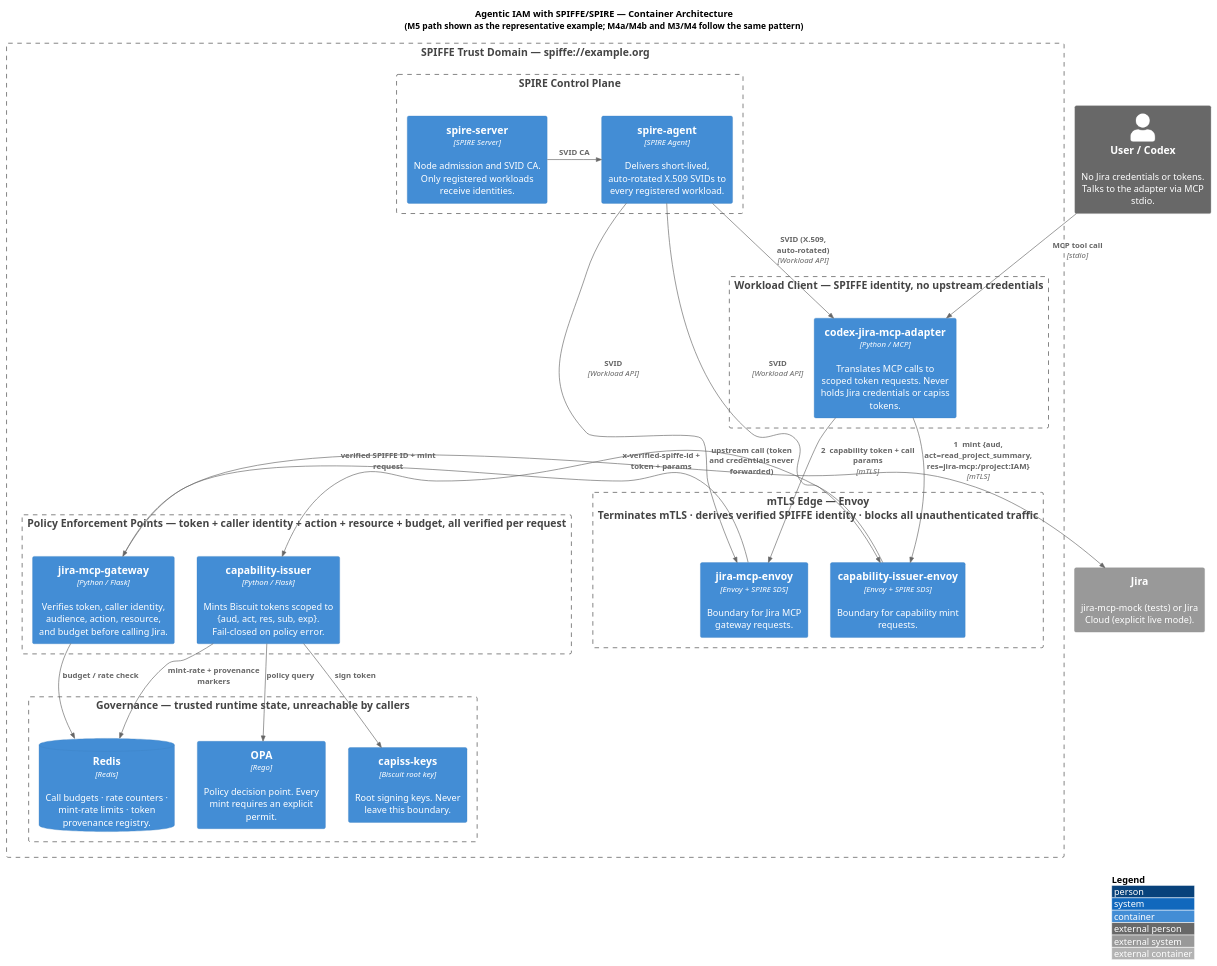
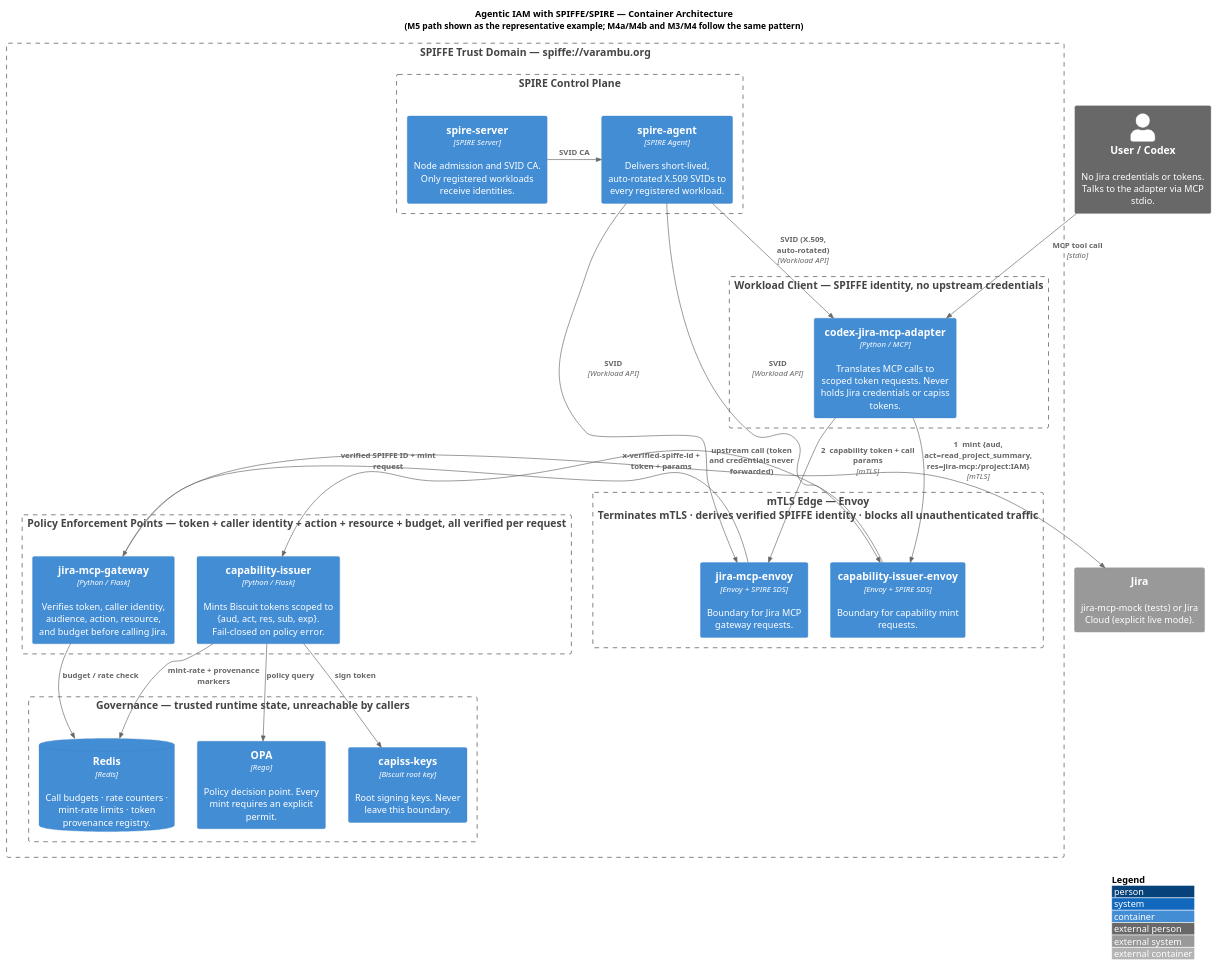
One commit to gunaseelan-sivanandam/agentic-iam-spiffe changed the diagram in docs/container_architecture.puml. Above: the diagram before and after it, drawn with PlantUML. The commit also changed 54 other files, not shown here.

Commit message:
Replace example-org to varambu.org and update alldocs and tests. Clean start and audit output for better user readability.

```diff
--- a/docs/container_architecture.puml
+++ b/docs/container_architecture.puml
@@ -1,70 +1,70 @@
 @startuml
 !include <C4/C4_Container>
 
 LAYOUT_WITH_LEGEND()
 
 title Agentic IAM with SPIFFE/SPIRE — Container Architecture\n<size:13>(M5 path shown as the representative example; M4a/M4b and M3/M4 follow the same pattern)</size>
 
 ' ── External actors ───────────────────────────────────────────────────────────
 Person_Ext(user, "User / Codex", "No Jira credentials or tokens. Talks to the adapter via MCP stdio.")
 System_Ext(jira_upstream, "Jira", "jira-mcp-mock (tests) or Jira Cloud (explicit live mode).")
 
 ' ── SPIFFE trust domain ───────────────────────────────────────────────────────
-Boundary(domain, "SPIFFE Trust Domain — spiffe://example.org") {
+Boundary(domain, "SPIFFE Trust Domain — spiffe://varambu.org") {
 
   Boundary(spire_b, "SPIRE Control Plane") {
     Container(spire_server, "spire-server", "SPIRE Server", "Node admission and SVID CA. Only registered workloads receive identities.")
     Container(spire_agent,  "spire-agent",  "SPIRE Agent",  "Delivers short-lived, auto-rotated X.509 SVIDs to every registered workload.")
   }
 
   Boundary(client_b, "Workload Client — SPIFFE identity, no upstream credentials") {
     Container(adapter, "codex-jira-mcp-adapter", "Python / MCP", "Translates MCP calls to scoped token requests. Never holds Jira credentials or capiss tokens.")
   }
 
   Boundary(edge_b, "mTLS Edge — Envoy\nTerminates mTLS · derives verified SPIFFE identity · blocks all unauthenticated traffic") {
     Container(capiss_envoy,  "capability-issuer-envoy", "Envoy + SPIRE SDS", "Boundary for capability mint requests.")
     Container(jiramcp_envoy, "jira-mcp-envoy",          "Envoy + SPIRE SDS", "Boundary for Jira MCP gateway requests.")
   }
 
   Boundary(pep_b, "Policy Enforcement Points — token + caller identity + action + resource + budget, all verified per request") {
     Container(capiss,     "capability-issuer", "Python / Flask", "Mints Biscuit tokens scoped to {aud, act, res, sub, exp}. Fail-closed on policy error.")
     Container(jiramcp_gw, "jira-mcp-gateway",  "Python / Flask", "Verifies token, caller identity, audience, action, resource, and budget before calling Jira.")
   }
 
   Boundary(gov_b, "Governance — trusted runtime state, unreachable by callers") {
     ContainerDb(redis, "Redis",       "Redis",            "Call budgets · rate counters · mint-rate limits · token provenance registry.")
     Container(opa,     "OPA",         "Rego",             "Policy decision point. Every mint requires an explicit permit.")
     Container(keys,    "capiss-keys", "Biscuit root key", "Root signing keys. Never leave this boundary.")
   }
 }
 
 ' ── Layout hints ──────────────────────────────────────────────────────────────
 Lay_R(capiss_envoy,  capiss)
 Lay_R(jiramcp_envoy, jiramcp_gw)
 Lay_R(capiss_envoy,  jiramcp_envoy)
 
 ' ── Relationships ─────────────────────────────────────────────────────────────
 
 ' SPIRE: identity bootstrap (startup, auto-rotated)
 Rel_R(spire_server, spire_agent,  "SVID CA")
 Rel_D(spire_agent,  adapter,      "SVID (X.509, auto-rotated)", "Workload API")
 Rel_D(spire_agent,  capiss_envoy, "SVID", "Workload API")
 Rel_D(spire_agent,  jiramcp_envoy,"SVID", "Workload API")
 
 ' User entry
 Rel_D(user, adapter, "MCP tool call", "stdio")
 
 ' Step 1 — mint a scoped capability token before calling any tool
 Rel_D(adapter,      capiss_envoy, "1  mint {aud, act=read_project_summary,\nres=jira-mcp:/project:IAM}", "mTLS")
 Rel_R(capiss_envoy, capiss,       "verified SPIFFE ID + mint request")
 Rel_D(capiss, opa,   "policy query")
 Rel_D(capiss, keys,  "sign token")
 Rel_D(capiss, redis, "mint-rate + provenance markers")
 
 ' Step 2 — call the tool with the minted token
 Rel_D(adapter,       jiramcp_envoy, "2  capability token + call params", "mTLS")
 Rel_R(jiramcp_envoy, jiramcp_gw,    "x-verified-spiffe-id + token + params")
 Rel_D(jiramcp_gw,    redis,         "budget / rate check")
 Rel_R(jiramcp_gw,    jira_upstream, "upstream call (token and credentials never forwarded)")
 
 @enduml
```
